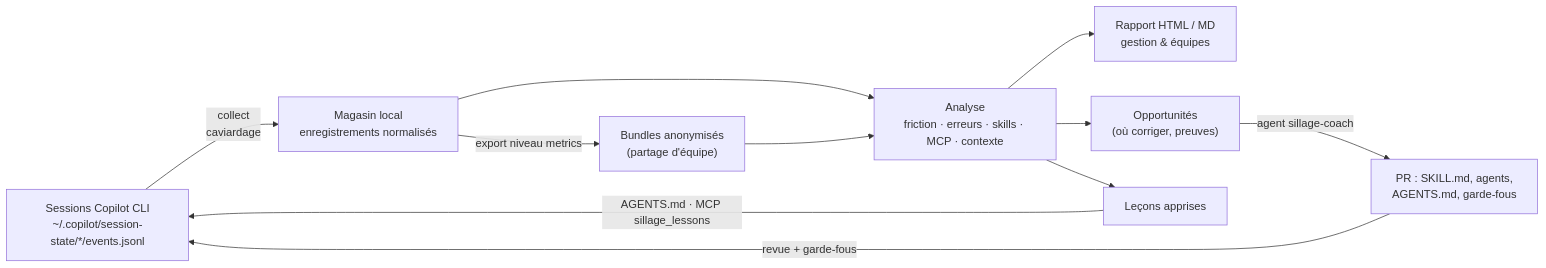
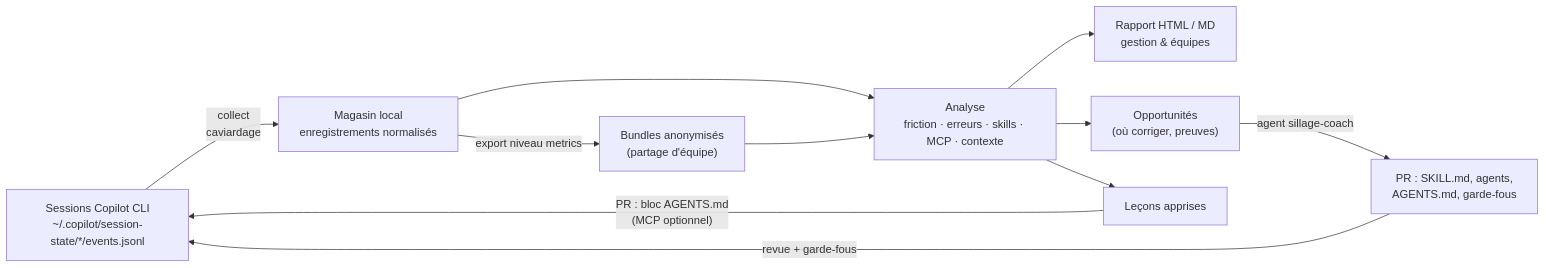
The diagram in README.md (boisvertmathieu/sillage), drawn with Mermaid before and after one commit. The commit also changed other lines of this file and 13 other files, not shown here.

First line of the commit message:
Mode sans MCP : AGENTS.md devient le canal principal des leçons

````diff
--- a/README.md
+++ b/README.md
@@ -23,13 +24,13 @@
 ```mermaid
 flowchart LR
   A["Sessions Copilot CLI<br/>~/.copilot/session-state/*/events.jsonl"] -->|collect<br/>caviardage| B["Magasin local<br/>enregistrements normalisés"]
   B -->|export niveau metrics| C["Bundles anonymisés<br/>(partage d'équipe)"]
   B --> D["Analyse<br/>friction · erreurs · skills · MCP · contexte"]
   C --> D
   D --> E["Rapport HTML / MD<br/>gestion & équipes"]
   D --> F["Opportunités<br/>(où corriger, preuves)"]
   D --> G["Leçons apprises"]
   F -->|agent sillage-coach| H["PR : SKILL.md, agents,<br/>AGENTS.md, garde-fous"]
-  G -->|AGENTS.md · MCP sillage_lessons| A
+  G -->|"PR : bloc AGENTS.md<br/>(MCP optionnel)"| A
   H -->|revue + garde-fous| A
 ```
````
